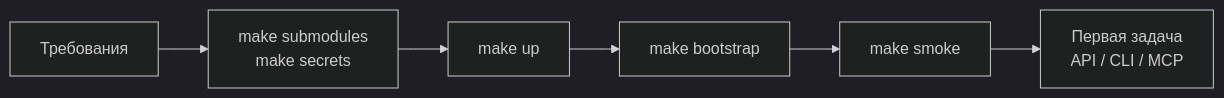
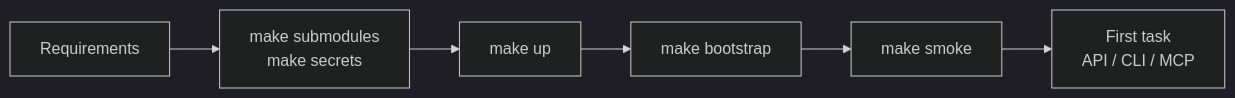
Before and after one commit to monthu56/taimen: the diagram in guide/docs/getting-started/index.md, drawn with Mermaid (dark theme). The commit also changed other lines of this file and 183 other files, not shown here.

````diff
--- a/guide/docs/getting-started/index.md
+++ b/guide/docs/getting-started/index.md
@@ -11,8 +12,8 @@
 ```mermaid
 flowchart LR
-    R[Требования] --> Q[make submodules<br/>make secrets]
+    R[Requirements] --> Q[make submodules<br/>make secrets]
     Q --> U[make up]
     U --> B[make bootstrap]
     B --> S[make smoke]
-    S --> F[Первая задача<br/>API / CLI / MCP]
+    S --> F[First task<br/>API / CLI / MCP]
 ```
````
